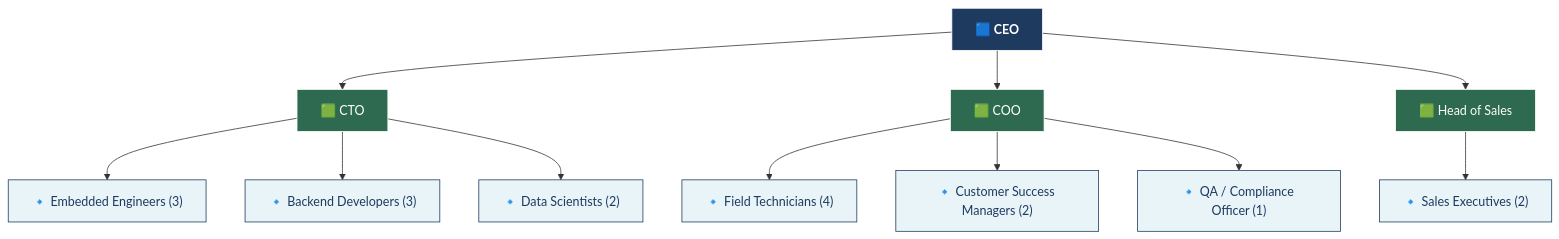
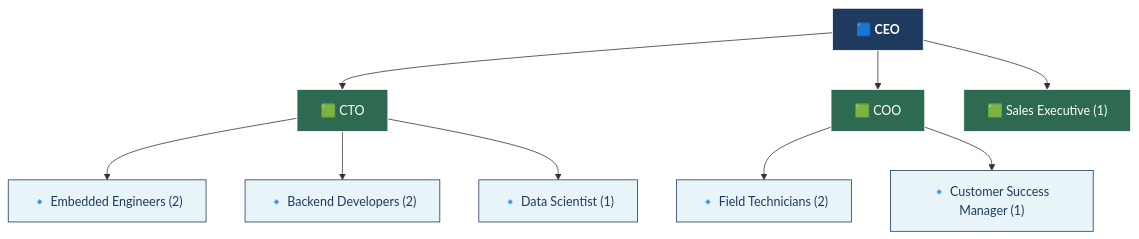
Before and after one commit to nathanbaudelin/SenSight_Bin: the third of 3 diagrams in frontend/public/org-charts.md, drawn with Mermaid. The commit also changed other lines of this file, not shown here.

Commit message:
fix(doc): docs chart

````diff
--- a/frontend/public/org-charts.md
+++ b/frontend/public/org-charts.md
@@ -81,37 +72,31 @@
 ```mermaid
 graph TD
     CEO["🟦 CEO"]
     CTO["🟩 CTO"]
     COO["🟩 COO"]
-    HOS["🟩 Head of Sales"]
-    EE3["🔹 Embedded Engineers (3)"]
-    BD3["🔹 Backend Developers (3)"]
-    DS2["🔹 Data Scientists (2)"]
-    FT4["🔹 Field Technicians (4)"]
-    CSM2["🔹 Customer Success Managers (2)"]
-    QA1["🔹 QA / Compliance Officer (1)"]
-    SE2["🔹 Sales Executives (2)"]
+    HOS["🟩 Sales Executive (1)"]
+    EE3["🔹 Embedded Engineers (2)"]
+    BD3["🔹 Backend Developers (2)"]
+    DS2["🔹 Data Scientist (1)"]
+    FT4["🔹 Field Technicians (2)"]
+    CSM2["🔹 Customer Success Manager (1)"]
 
     CEO --> CTO
     CEO --> COO
     CEO --> HOS
     CTO --> EE3
     CTO --> BD3
     CTO --> DS2
     COO --> FT4
     COO --> CSM2
-    COO --> QA1
-    HOS --> SE2
 
     style CEO fill:#1e3a5f,stroke:#fff,color:#fff,font-weight:bold
     style CTO fill:#2d6a4f,stroke:#fff,color:#fff
     style COO fill:#2d6a4f,stroke:#fff,color:#fff
     style HOS fill:#2d6a4f,stroke:#fff,color:#fff
     style EE3 fill:#e8f4f8,stroke:#1e3a5f,color:#1e3a5f
     style BD3 fill:#e8f4f8,stroke:#1e3a5f,color:#1e3a5f
     style DS2 fill:#e8f4f8,stroke:#1e3a5f,color:#1e3a5f
     style FT4 fill:#e8f4f8,stroke:#1e3a5f,color:#1e3a5f
     style CSM2 fill:#e8f4f8,stroke:#1e3a5f,color:#1e3a5f
-    style QA1 fill:#e8f4f8,stroke:#1e3a5f,color:#1e3a5f
-    style SE2 fill:#e8f4f8,stroke:#1e3a5f,color:#1e3a5f
 ```
````
